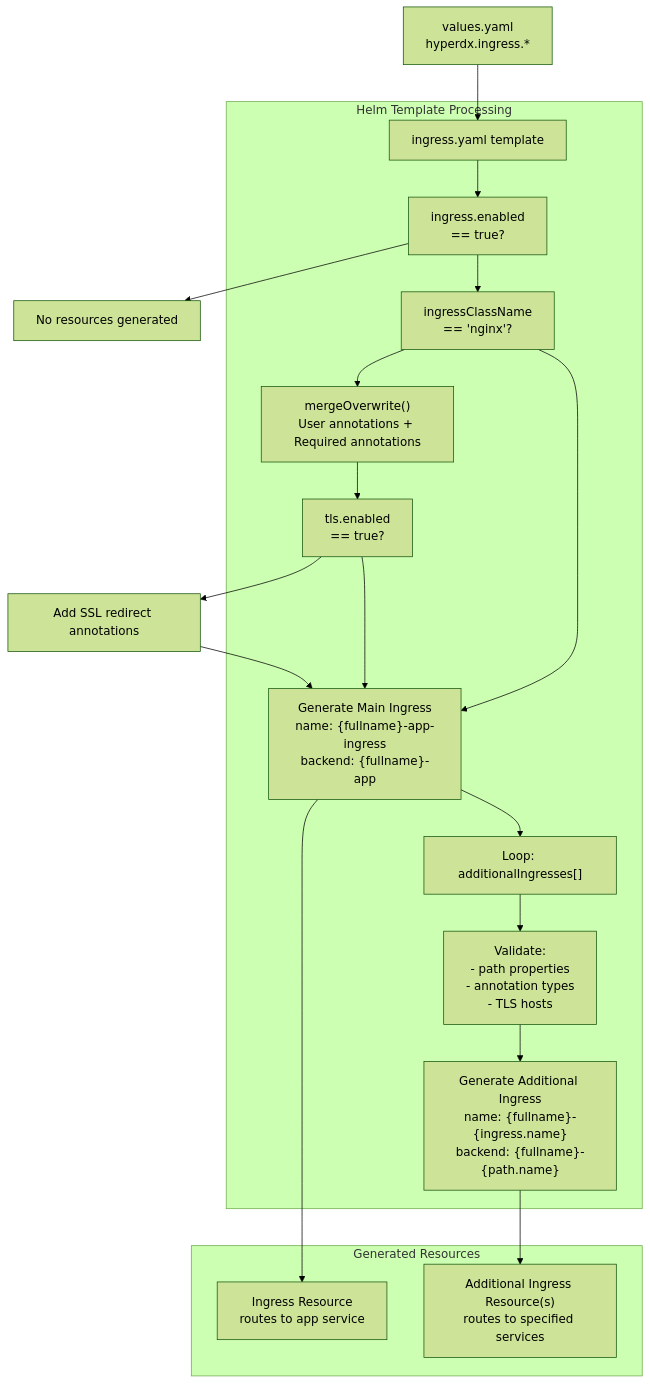
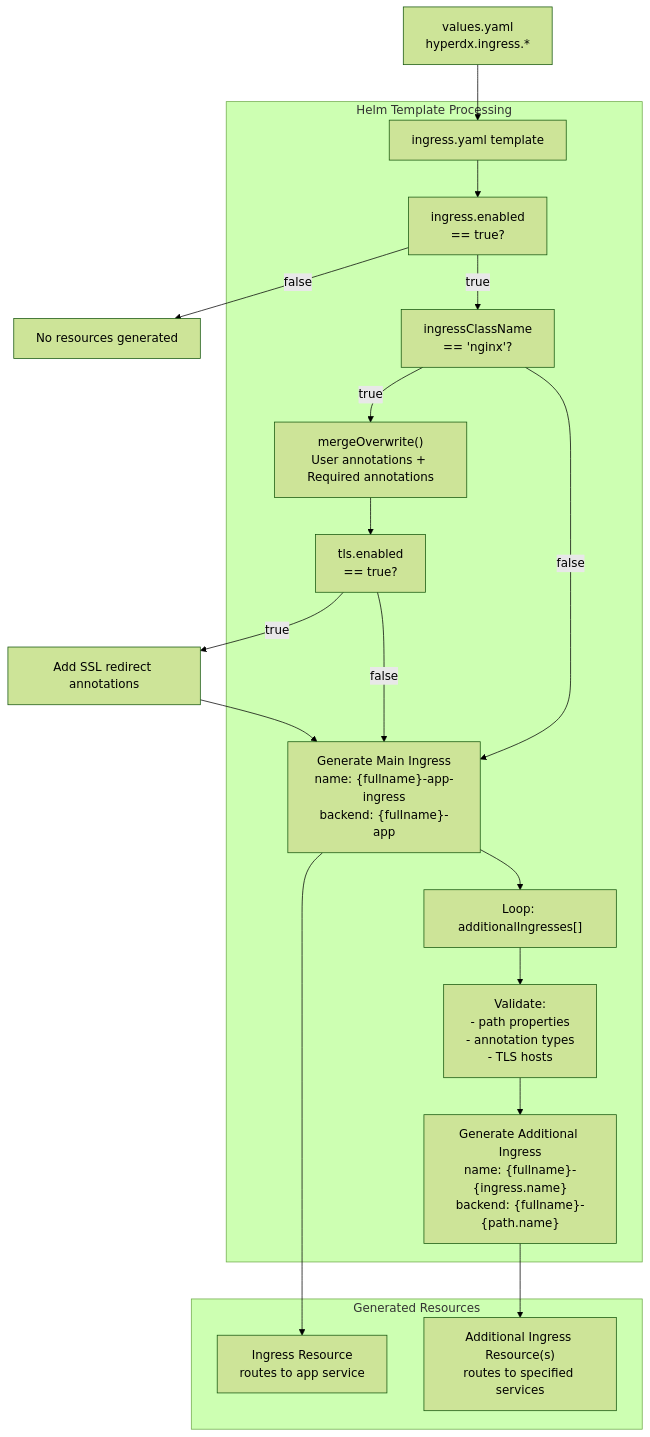
One commit to openchoreo/openchoreo changed the third of 3 diagrams in docs/hyperdxio-helm-charts-docs/Ingress-Configuration.md. Above: the diagram before and after it, drawn with Mermaid (forest theme). The commit also changed other lines of this file and 85 other files, not shown here.

Commit message:
feat: Add new workflow and specification templates, update Helm chart dependencies, and clarify documentation diagrams.

````diff
--- a/docs/hyperdxio-helm-charts-docs/Ingress-Configuration.md
+++ b/docs/hyperdxio-helm-charts-docs/Ingress-Configuration.md
@@ -491,51 +491,51 @@
 ```mermaid
 flowchart TD
 
 ValuesYAML["values.yaml<br>hyperdx.ingress.*"]
 IngressTemplate["ingress.yaml template"]
 EnabledCheck["ingress.enabled<br>== true?"]
 NginxCheck["ingressClassName<br>== 'nginx'?"]
 TLSCheck["tls.enabled<br>== true?"]
 MainIngressGen["Generate Main Ingress<br>name: {fullname}-app-ingress<br>backend: {fullname}-app"]
 AnnotationMerge["mergeOverwrite()<br>User annotations + Required annotations"]
 AdditionalLoop["Loop: additionalIngresses[]"]
 AdditionalGen["Generate Additional Ingress<br>name: {fullname}-{ingress.name}<br>backend: {fullname}-{path.name}"]
 Validation["Validate:<br>- path properties<br>- annotation types<br>- TLS hosts"]
 AppIngressResource["Ingress Resource<br>routes to app service"]
 AdditionalResource["Additional Ingress Resource(s)<br>routes to specified services"]
 NoResources["No resources generated"]
 AddTLSAnnotations["Add SSL redirect annotations"]
 
 ValuesYAML --> IngressTemplate
-EnabledCheck --> NoResources
-TLSCheck --> AddTLSAnnotations
+EnabledCheck -->|"false"| NoResources
+TLSCheck -->|"true"| AddTLSAnnotations
 AddTLSAnnotations --> MainIngressGen
 MainIngressGen --> AppIngressResource
 AdditionalGen --> AdditionalResource
 
 subgraph subGraph1 ["Generated Resources"]
     AppIngressResource
     AdditionalResource
 end
 
 subgraph subGraph0 ["Helm Template Processing"]
     IngressTemplate
     EnabledCheck
     NginxCheck
     TLSCheck
     MainIngressGen
     AnnotationMerge
     AdditionalLoop
     AdditionalGen
     Validation
     IngressTemplate --> EnabledCheck
-    EnabledCheck --> NginxCheck
-    NginxCheck --> AnnotationMerge
-    NginxCheck --> MainIngressGen
+    EnabledCheck -->|"true"| NginxCheck
+    NginxCheck -->|"true"| AnnotationMerge
+    NginxCheck -->|"false"| MainIngressGen
     AnnotationMerge --> TLSCheck
-    TLSCheck --> MainIngressGen
+    TLSCheck -->|"false"| MainIngressGen
     MainIngressGen --> AdditionalLoop
     AdditionalLoop --> Validation
     Validation --> AdditionalGen
 end
 ```
````
